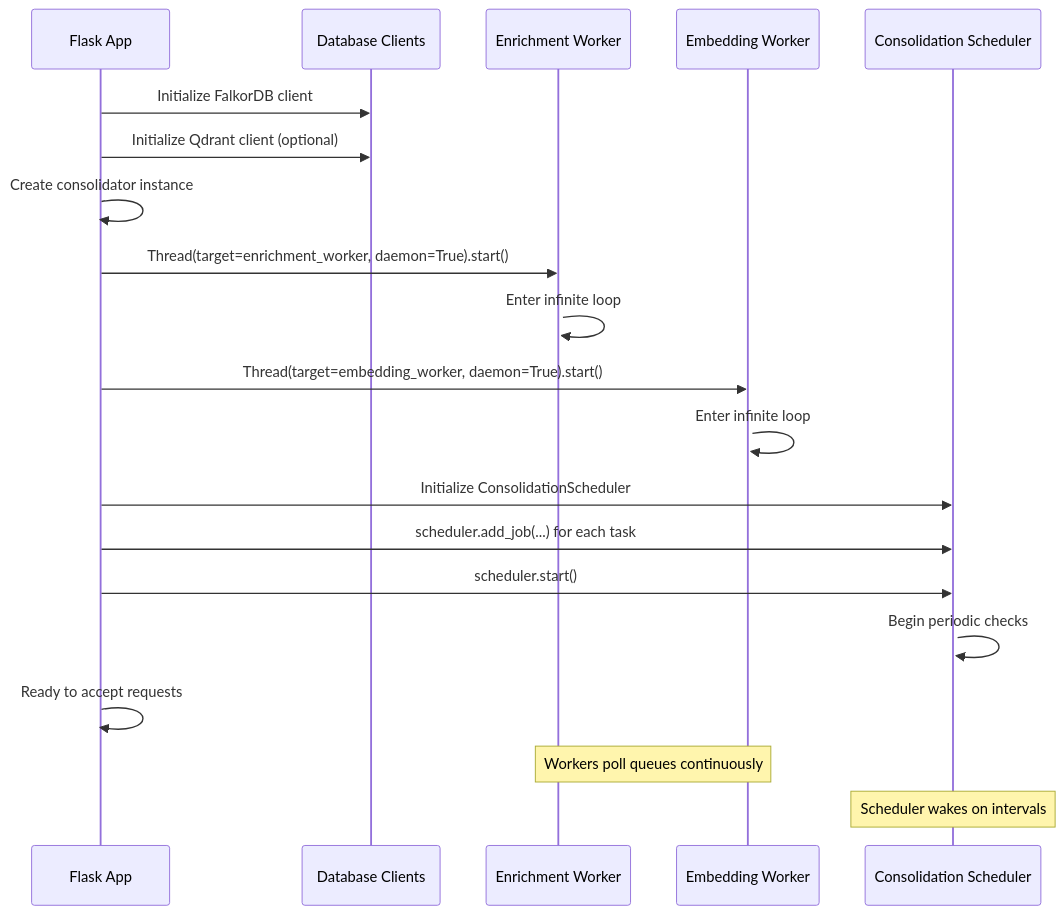
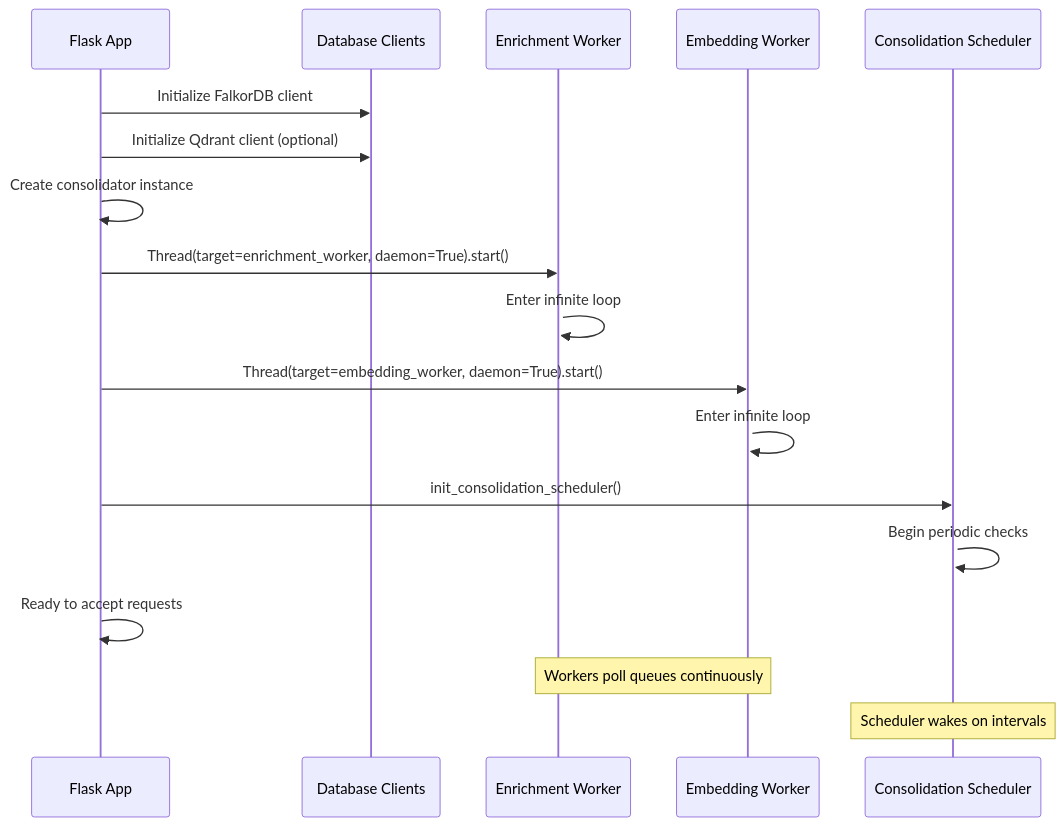
The third of 3 diagrams in src/content/docs/docs/architecture/overview.md (verygoodplugins/automem-website), drawn with Mermaid before and after one commit. The commit also changed other lines of this file, not shown here.

````diff
--- a/src/content/docs/docs/architecture/overview.md
+++ b/src/content/docs/docs/architecture/overview.md
@@ -190,31 +190,29 @@
 ```mermaid
 sequenceDiagram
     participant Flask as Flask App
     participant DB as Database Clients
     participant EW as Enrichment Worker
     participant EmW as Embedding Worker
     participant CS as Consolidation Scheduler
 
     Flask->>DB: Initialize FalkorDB client
     Flask->>DB: Initialize Qdrant client (optional)
     Flask->>Flask: Create consolidator instance
 
     Flask->>EW: Thread(target=enrichment_worker, daemon=True).start()
     activate EW
     EW->>EW: Enter infinite loop
 
     Flask->>EmW: Thread(target=embedding_worker, daemon=True).start()
     activate EmW
     EmW->>EmW: Enter infinite loop
 
-    Flask->>CS: Initialize ConsolidationScheduler
-    Flask->>CS: scheduler.add_job(...) for each task
-    Flask->>CS: scheduler.start()
+    Flask->>CS: init_consolidation_scheduler()
     activate CS
     CS->>CS: Begin periodic checks
 
     Flask->>Flask: Ready to accept requests
 
     Note over EW,EmW: Workers poll queues continuously
     Note over CS: Scheduler wakes on intervals
 ```
````
